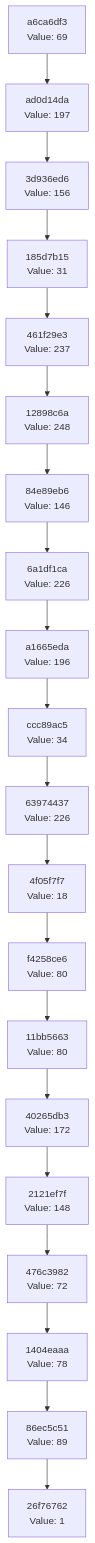
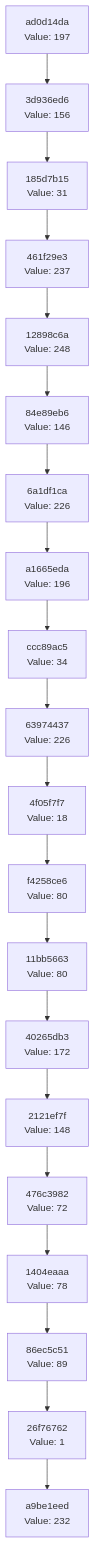
The diagram in docs/CHAIN_VISUALIZATION.md (Abhisheksinha1506/hash-chain-evolver), drawn with Mermaid before and after one commit. The commit also changed 3 other files, not shown here.

````diff
--- a/docs/CHAIN_VISUALIZATION.md
+++ b/docs/CHAIN_VISUALIZATION.md
@@ -3,42 +3,42 @@
 ```mermaid
 graph TD
-    C0["26f76762<br/>Value: 1"]
-    C1["86ec5c51<br/>Value: 89"]
+    C0["a9be1eed<br/>Value: 232"]
+    C1["26f76762<br/>Value: 1"]
     C1 --> C0
-    C2["1404eaaa<br/>Value: 78"]
+    C2["86ec5c51<br/>Value: 89"]
     C2 --> C1
-    C3["476c3982<br/>Value: 72"]
+    C3["1404eaaa<br/>Value: 78"]
     C3 --> C2
-    C4["2121ef7f<br/>Value: 148"]
+    C4["476c3982<br/>Value: 72"]
     C4 --> C3
-    C5["40265db3<br/>Value: 172"]
+    C5["2121ef7f<br/>Value: 148"]
     C5 --> C4
-    C6["11bb5663<br/>Value: 80"]
+    C6["40265db3<br/>Value: 172"]
     C6 --> C5
-    C7["f4258ce6<br/>Value: 80"]
+    C7["11bb5663<br/>Value: 80"]
     C7 --> C6
-    C8["4f05f7f7<br/>Value: 18"]
+    C8["f4258ce6<br/>Value: 80"]
     C8 --> C7
-    C9["63974437<br/>Value: 226"]
+    C9["4f05f7f7<br/>Value: 18"]
     C9 --> C8
-    C10["ccc89ac5<br/>Value: 34"]
+    C10["63974437<br/>Value: 226"]
     C10 --> C9
-    C11["a1665eda<br/>Value: 196"]
+    C11["ccc89ac5<br/>Value: 34"]
     C11 --> C10
-    C12["6a1df1ca<br/>Value: 226"]
+    C12["a1665eda<br/>Value: 196"]
     C12 --> C11
-    C13["84e89eb6<br/>Value: 146"]
+    C13["6a1df1ca<br/>Value: 226"]
     C13 --> C12
-    C14["12898c6a<br/>Value: 248"]
+    C14["84e89eb6<br/>Value: 146"]
     C14 --> C13
-    C15["461f29e3<br/>Value: 237"]
+    C15["12898c6a<br/>Value: 248"]
     C15 --> C14
-    C16["185d7b15<br/>Value: 31"]
+    C16["461f29e3<br/>Value: 237"]
     C16 --> C15
-    C17["3d936ed6<br/>Value: 156"]
+    C17["185d7b15<br/>Value: 31"]
     C17 --> C16
-    C18["ad0d14da<br/>Value: 197"]
+    C18["3d936ed6<br/>Value: 156"]
     C18 --> C17
-    C19["a6ca6df3<br/>Value: 69"]
+    C19["ad0d14da<br/>Value: 197"]
     C19 --> C18
 ```
````
